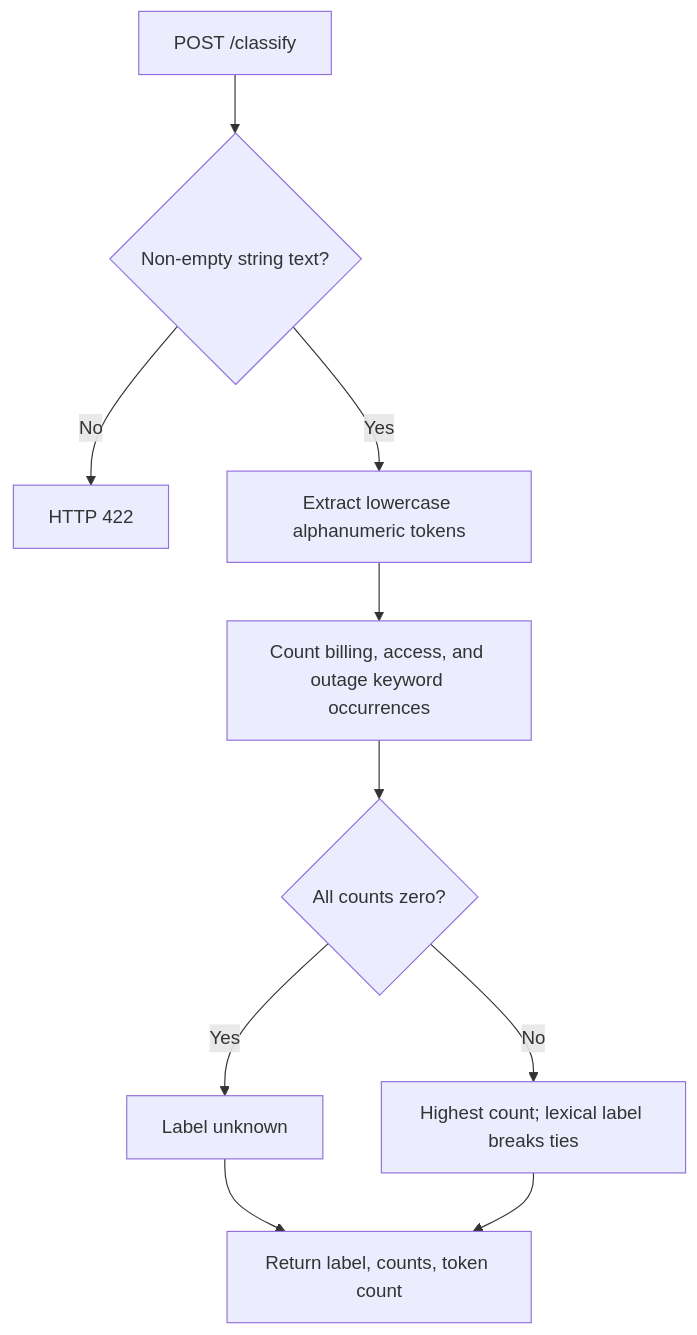
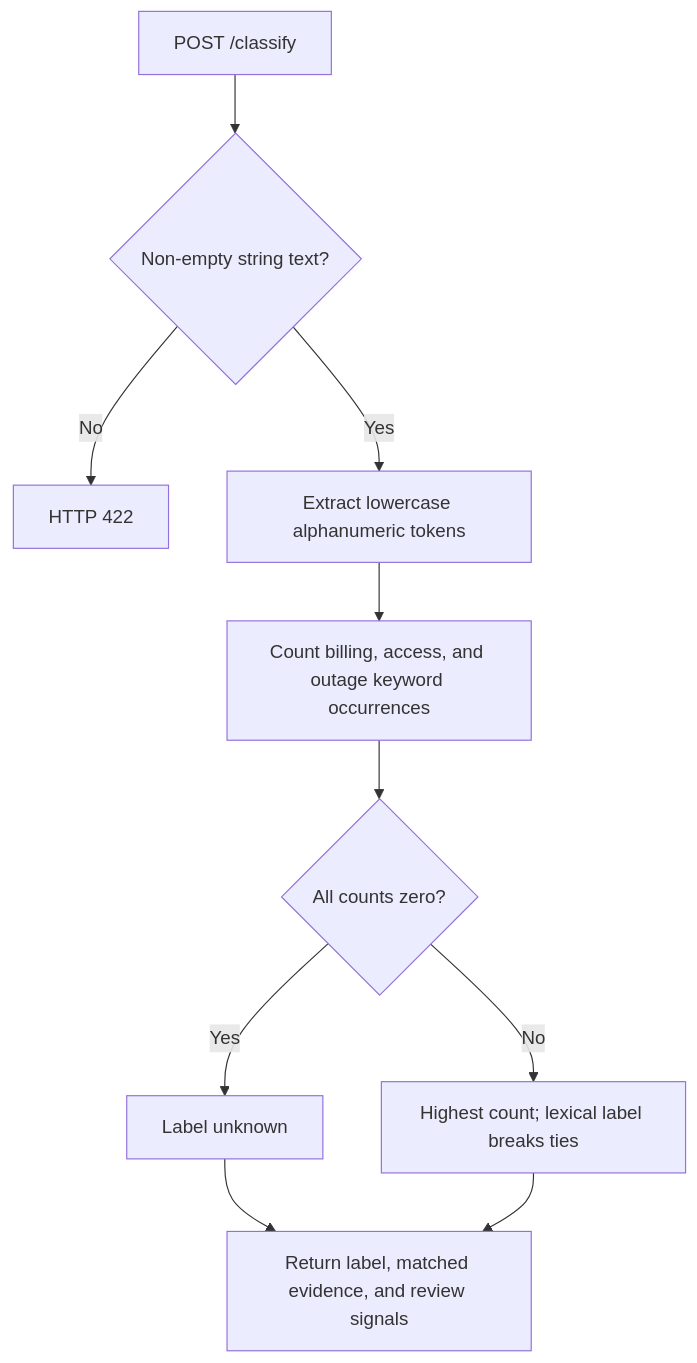
Before and after one commit to iarsingh/support-ticket-classification-system: the first of 2 diagrams in docs/PROCESS_FLOW.md, drawn with Mermaid. The commit also changed other lines of this file and 13 other files, not shown here.

````diff
--- a/docs/PROCESS_FLOW.md
+++ b/docs/PROCESS_FLOW.md
@@ -7,12 +7,12 @@
 ```mermaid
 flowchart TD
   A["POST /classify"] --> B{"Non-empty string text?"}
   B -->|"No"| E["HTTP 422"]
   B -->|"Yes"| T["Extract lowercase alphanumeric tokens"]
   T --> C["Count billing, access, and outage keyword occurrences"]
   C --> D{"All counts zero?"}
   D -->|"Yes"| U["Label unknown"]
   D -->|"No"| L["Highest count; lexical label breaks ties"]
-  U --> O["Return label, counts, token count"]
+  U --> O["Return label, matched evidence, and review signals"]
   L --> O
 ```
````
